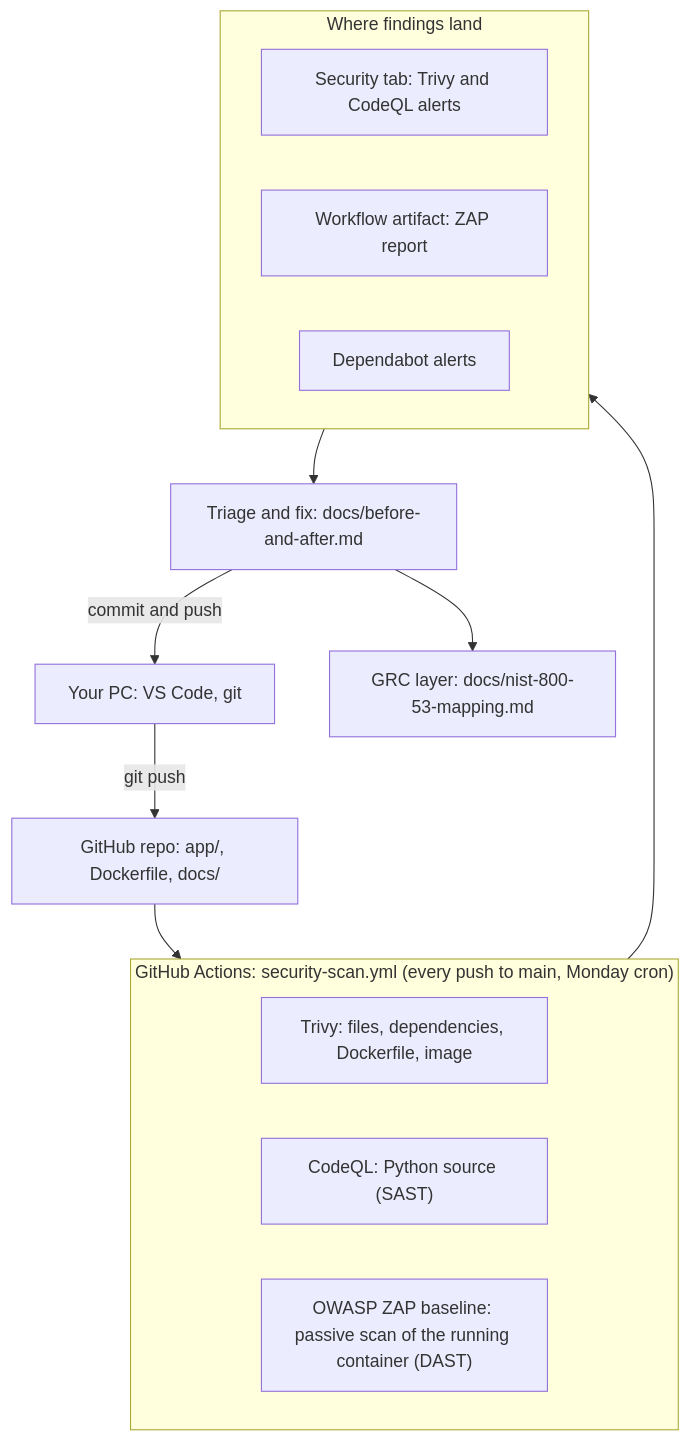
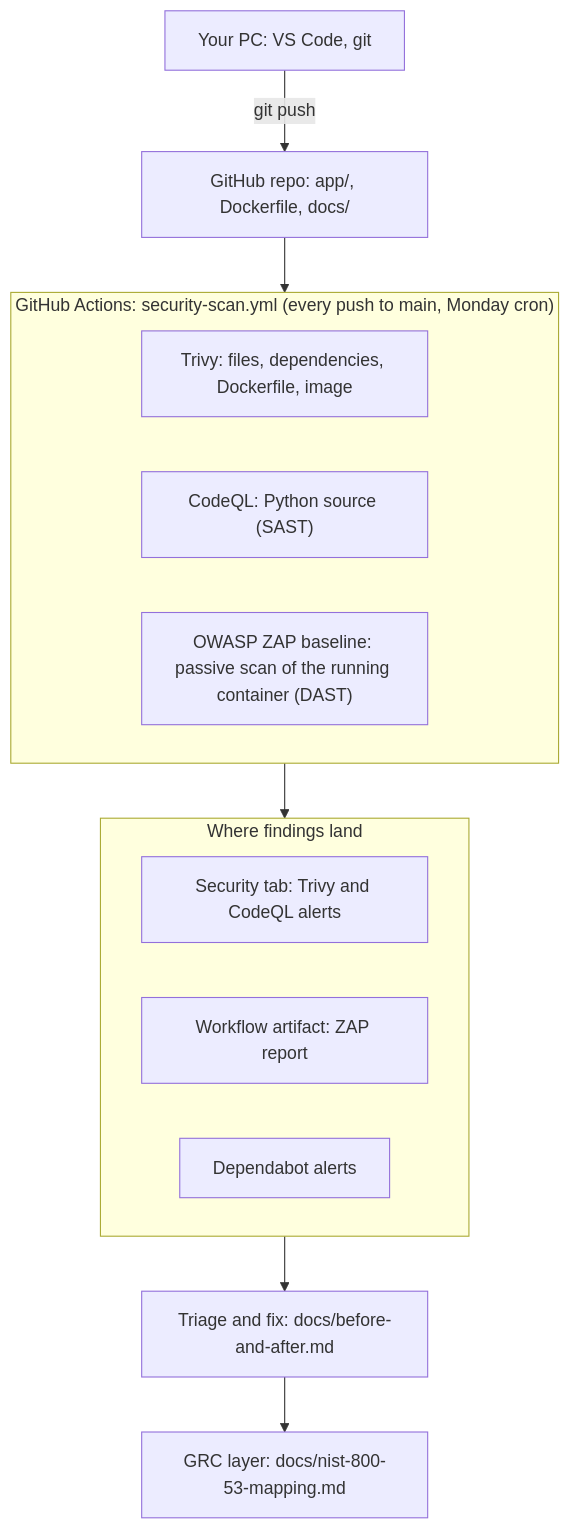
The diagram in README.md (Choi19Jason/devsecops-grc-pipeline), drawn with Mermaid before and after one commit.

Commit message:
Simplify architecture diagram flow direction

````diff
--- a/README.md
+++ b/README.md
@@ -34,25 +34,24 @@
 ```mermaid
 flowchart TD
     dev["Your PC: VS Code, git"] -->|git push| repo["GitHub repo: app/, Dockerfile, docs/"]
     repo --> actions
 
     subgraph actions["GitHub Actions: security-scan.yml (every push to main, Monday cron)"]
         direction LR
         trivy["Trivy: files, dependencies, Dockerfile, image"]
         codeql["CodeQL: Python source (SAST)"]
         zap["OWASP ZAP baseline: passive scan of the running container (DAST)"]
     end
 
     actions --> results
 
     subgraph results["Where findings land"]
         direction LR
         tab["Security tab: Trivy and CodeQL alerts"]
         art["Workflow artifact: ZAP report"]
         dep["Dependabot alerts"]
     end
 
     results --> triage["Triage and fix: docs/before-and-after.md"]
-    triage -->|commit and push| dev
     triage --> grc["GRC layer: docs/nist-800-53-mapping.md"]
 ```
````
